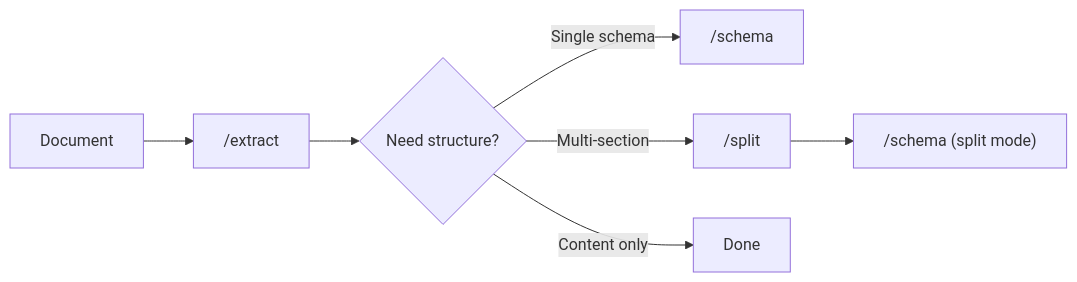
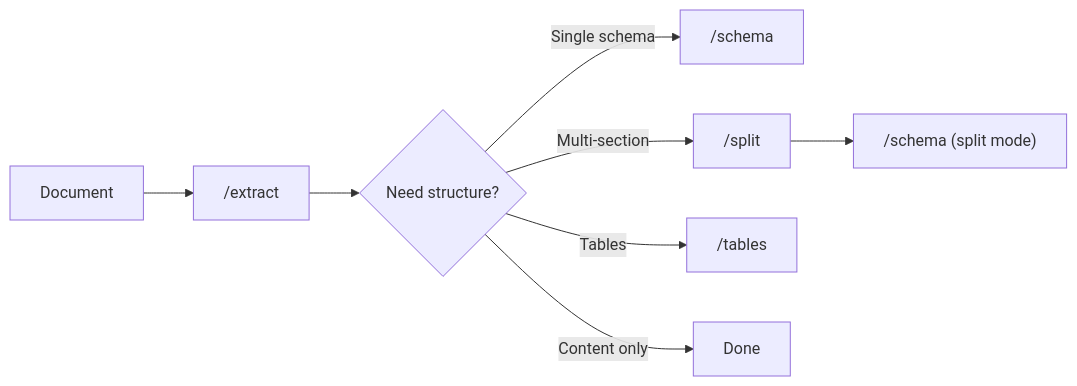
Before and after one commit to Pulse-Software-Corp/docs: the diagram in api-reference/endpoint/pipeline-overview.mdx, drawn with Mermaid. The commit also changed other lines of this file and 5 other files, not shown here.

````diff
--- a/api-reference/endpoint/pipeline-overview.mdx
+++ b/api-reference/endpoint/pipeline-overview.mdx
@@ -21,9 +22,10 @@
 ```mermaid
 flowchart LR
     A[Document] --> B["/extract"]
     B --> C{Need structure?}
     C -->|Single schema| D["/schema"]
     C -->|Multi-section| E["/split"]
     E --> F["/schema (split mode)"]
+    C -->|Tables| H["/tables"]
     C -->|Content only| G[Done]
 ```
````
